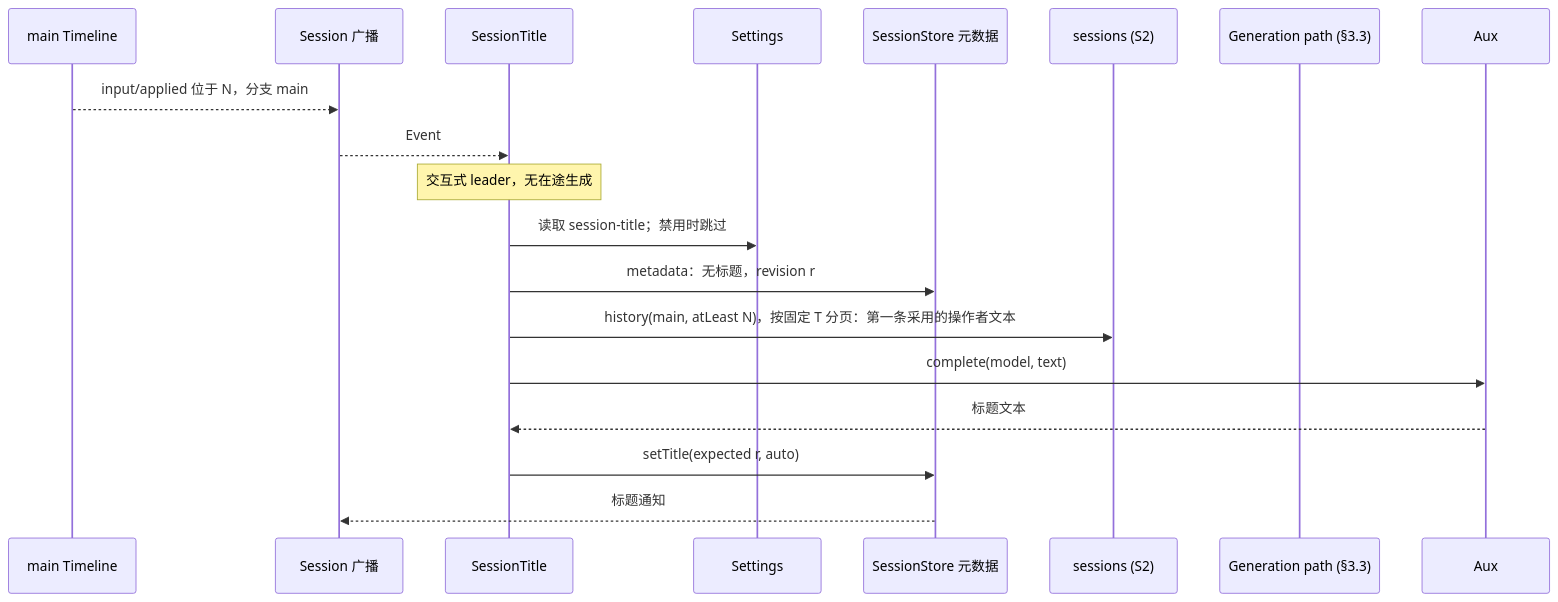
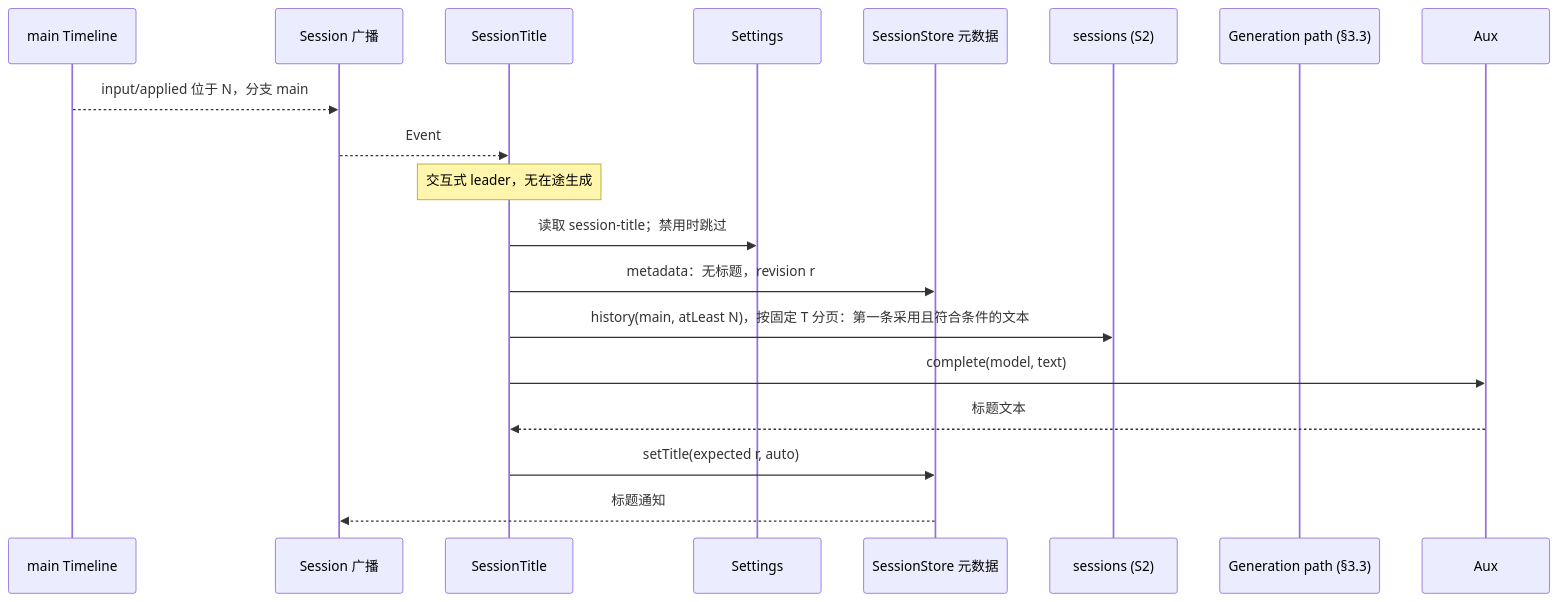
One commit to CoutinhoTTS/dim-agent changed the third of 5 diagrams in docs/zh/design/plugins/SessionTitle.md. Above: the diagram before and after it, drawn with Mermaid. The commit also changed other lines of this file and 1 other file, not shown here.

````diff
--- a/docs/zh/design/plugins/SessionTitle.md
+++ b/docs/zh/design/plugins/SessionTitle.md
@@ -129,20 +129,20 @@
 ```mermaid
 sequenceDiagram
   participant TL as main Timeline
   participant SB as Session 广播
   participant ST as SessionTitle
   participant Settings as Settings
   participant Meta as SessionStore 元数据
   participant Sessions as sessions (S2)
   participant Gen as Generation path (§3.3)
   TL-->>SB: input/applied 位于 N，分支 main
   SB-->>ST: Event
   Note over ST: 交互式 leader，无在途生成
   ST->>Settings: 读取 session-title；禁用时跳过
   ST->>Meta: metadata：无标题，revision r
-  ST->>Sessions: history(main, atLeast N)，按固定 T 分页：第一条采用的操作者文本
+  ST->>Sessions: history(main, atLeast N)，按固定 T 分页：第一条采用且符合条件的文本
   ST->>Aux: complete(model, text)
   Aux-->>ST: 标题文本
   ST->>Meta: setTitle(expected r, auto)
   Meta-->>SB: 标题通知
 ```
````
